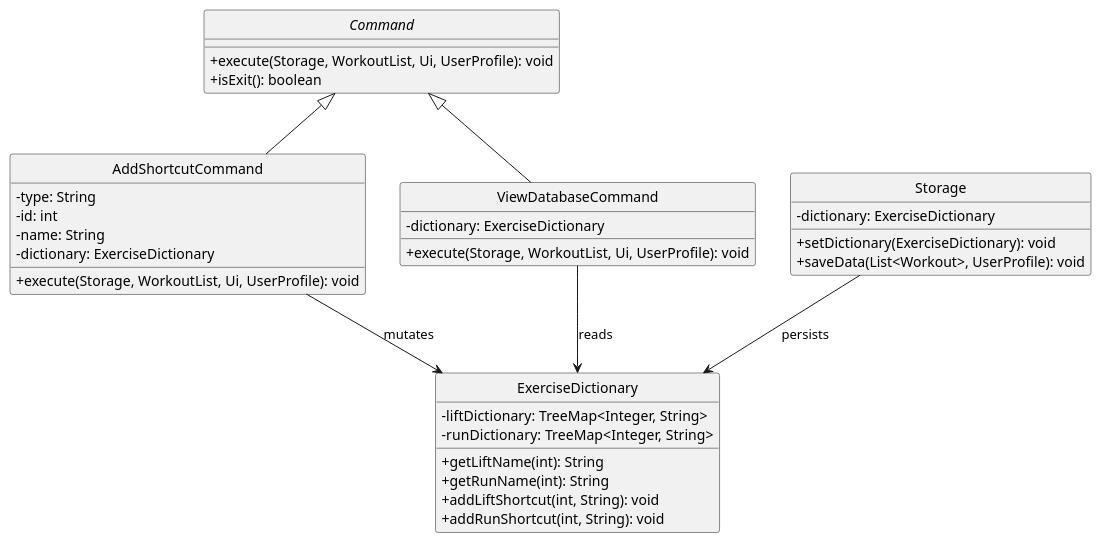
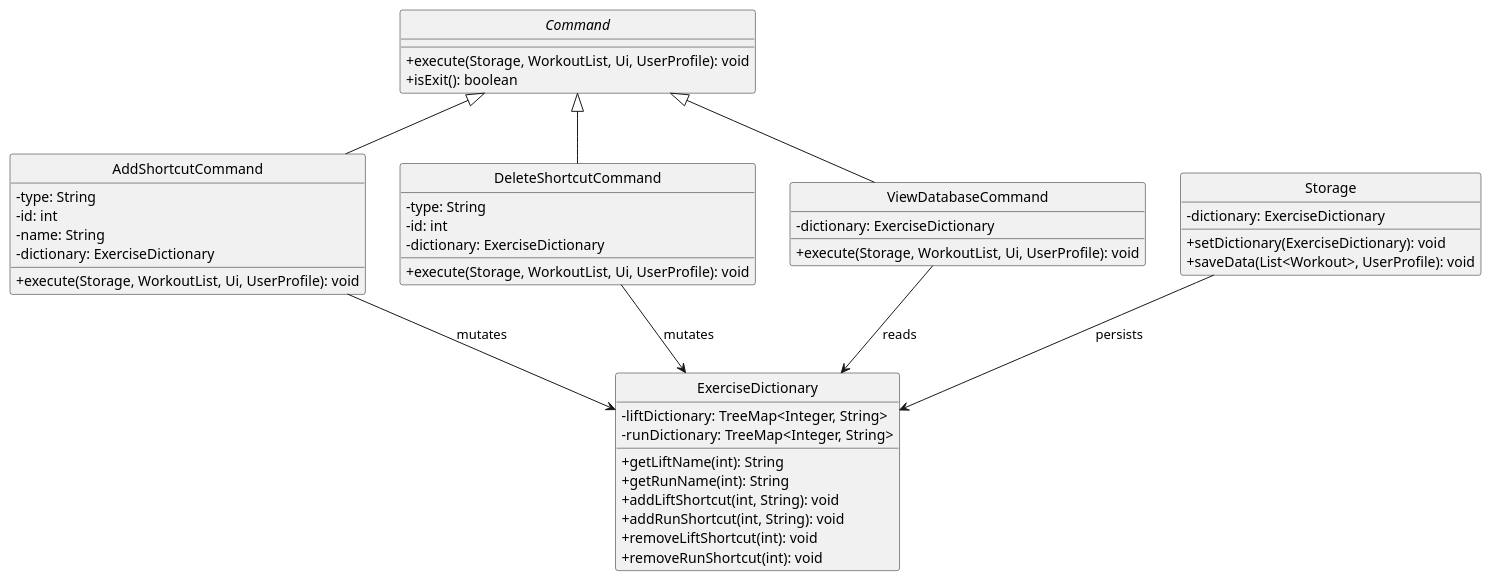
Before and after one commit to Daniel-czj/tp: the diagram in docs/diagrams/AddShortcutClassDiagram.puml, drawn with PlantUML. The commit also changed 6 other files, not shown here.

```diff
--- a/docs/diagrams/AddShortcutClassDiagram.puml
+++ b/docs/diagrams/AddShortcutClassDiagram.puml
@@ -1,43 +1,54 @@
 @startuml
 hide circle
 skinparam classAttributeIconSize 0
 
 abstract class Command {
     + execute(Storage, WorkoutList, Ui, UserProfile): void
     + isExit(): boolean
 }
 
 class AddShortcutCommand {
     - type: String
     - id: int
     - name: String
+    - dictionary: ExerciseDictionary
+    + execute(Storage, WorkoutList, Ui, UserProfile): void
+}
+
+class DeleteShortcutCommand {
+    - type: String
+    - id: int
     - dictionary: ExerciseDictionary
     + execute(Storage, WorkoutList, Ui, UserProfile): void
 }
 
 class ViewDatabaseCommand {
     - dictionary: ExerciseDictionary
     + execute(Storage, WorkoutList, Ui, UserProfile): void
 }
 
 class Storage {
     - dictionary: ExerciseDictionary
     + setDictionary(ExerciseDictionary): void
     + saveData(List<Workout>, UserProfile): void
 }
 
 class ExerciseDictionary {
     - liftDictionary: TreeMap<Integer, String>
     - runDictionary: TreeMap<Integer, String>
     + getLiftName(int): String
     + getRunName(int): String
     + addLiftShortcut(int, String): void
     + addRunShortcut(int, String): void
+    + removeLiftShortcut(int): void
+    + removeRunShortcut(int): void
 }
 
 Command <|-- AddShortcutCommand
+Command <|-- DeleteShortcutCommand
 Command <|-- ViewDatabaseCommand
 AddShortcutCommand --> ExerciseDictionary : mutates
+DeleteShortcutCommand --> ExerciseDictionary : mutates
 ViewDatabaseCommand --> ExerciseDictionary : reads
 Storage --> ExerciseDictionary : persists
 @enduml
```
